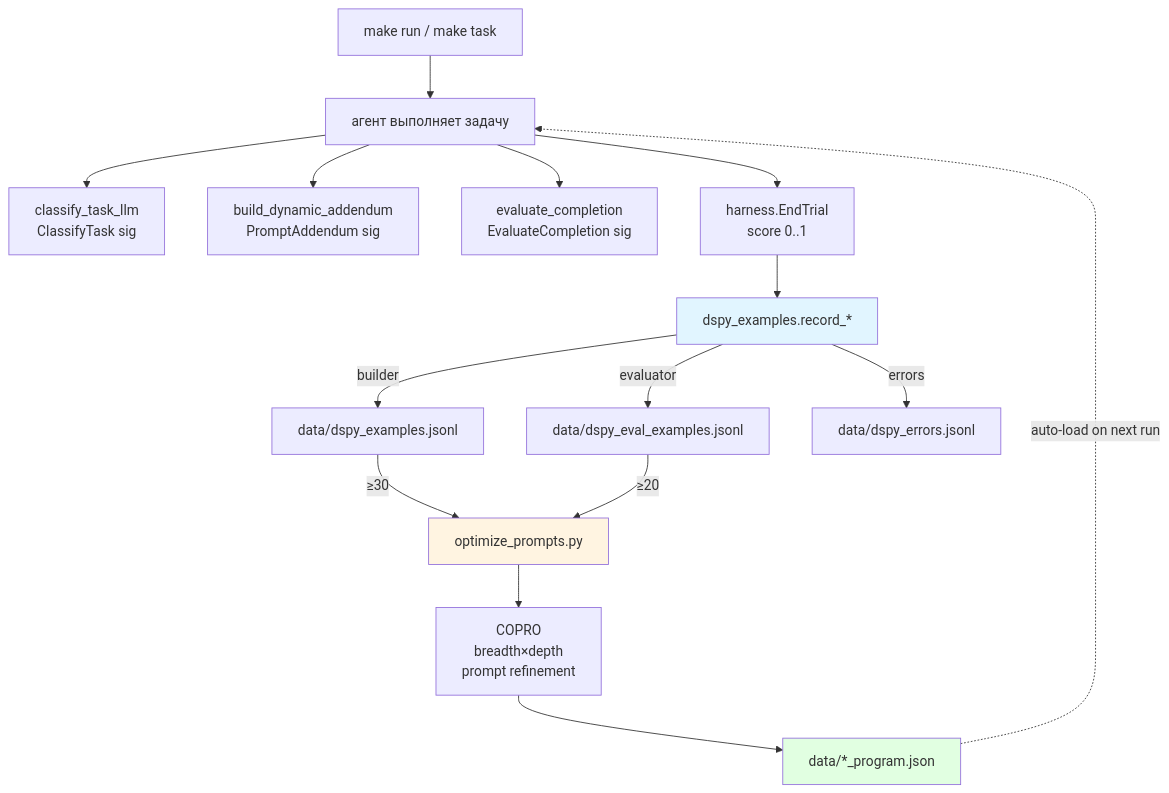
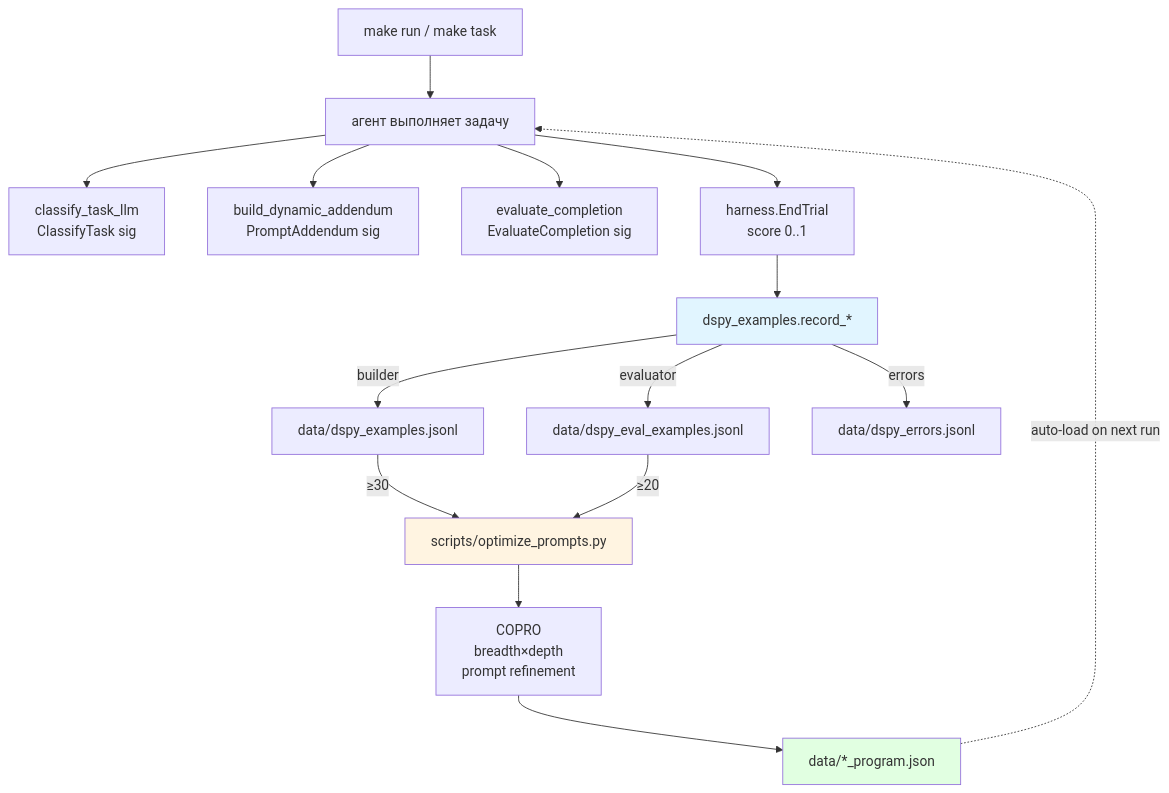
Before and after one commit to ikeniborn/pac1-tool: the first of 8 diagrams in docs/architecture/04-dspy-optimization.md, drawn with Mermaid. The commit also changed other lines of this file and 2 other files, not shown here.

Commit message:
docs(optimization): document COPRO/GEPA two-backend architecture and env vars

````diff
--- a/docs/architecture/04-dspy-optimization.md
+++ b/docs/architecture/04-dspy-optimization.md
@@ -7,28 +7,28 @@
 ```mermaid
 flowchart TB
     Run[make run / make task] --> Agent[агент выполняет задачу]
 
     Agent --> Classifier[classify_task_llm<br/>ClassifyTask sig]
     Agent --> Builder[build_dynamic_addendum<br/>PromptAddendum sig]
     Agent --> Evaluator[evaluate_completion<br/>EvaluateCompletion sig]
 
     Agent --> Score[harness.EndTrial<br/>score 0..1]
 
     Score --> Record[dspy_examples.record_*]
 
     Record -->|builder| BuilderEx[data/dspy_examples.jsonl]
     Record -->|evaluator| EvalEx[data/dspy_eval_examples.jsonl]
     Record -->|errors| ErrEx[data/dspy_errors.jsonl]
 
-    BuilderEx -->|≥30| Optimize[optimize_prompts.py]
+    BuilderEx -->|≥30| Optimize[scripts/optimize_prompts.py]
     EvalEx -->|≥20| Optimize
 
     Optimize --> Copro[COPRO<br/>breadth×depth<br/>prompt refinement]
     Copro --> Compiled[data/*_program.json]
 
     Compiled -.auto-load on next run.-> Agent
 
     style Record fill:#e1f5ff
     style Optimize fill:#fff4e1
     style Compiled fill:#e1ffe1
 ```
````
